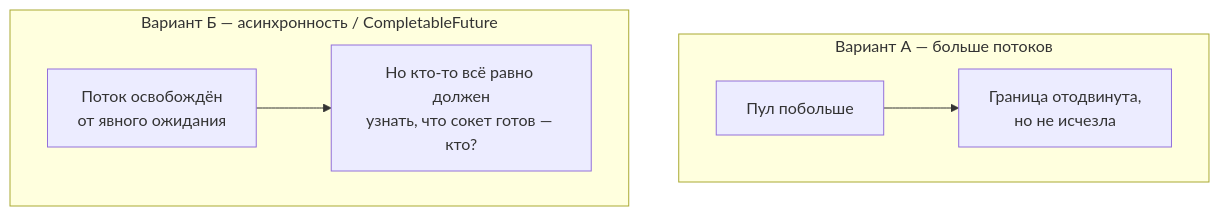
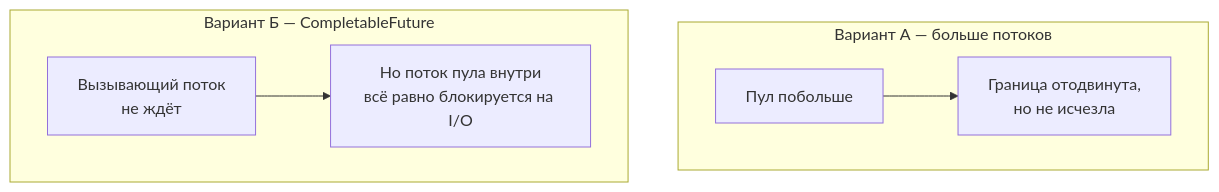
The diagram in advanced/docs/seminars/seminar7/Путь к Reactor/3. Наивные решения и их потолок.md (ArthurAipov/market-pulse-innopolis), drawn with Mermaid before and after one commit. The commit also changed other lines of this file and 41 other files, not shown here.

````diff
--- a/advanced/docs/seminars/seminar7/Путь к Reactor/3. Наивные решения и их потолок.md
+++ b/advanced/docs/seminars/seminar7/Путь к Reactor/3. Наивные решения и их потолок.md
@@ -3,12 +3,12 @@
 ```mermaid
 flowchart TB
     subgraph A["Вариант А — больше потоков"]
         direction LR
         A1["Пул побольше"] --> A2["Граница отодвинута,<br/>но не исчезла"]
     end
 
-    subgraph B["Вариант Б — асинхронность / CompletableFuture"]
+    subgraph B["Вариант Б — CompletableFuture"]
         direction LR
-        B1["Поток освобождён<br/>от явного ожидания"] --> B2["Но кто-то всё равно должен<br/>узнать, что сокет готов — кто?"]
+        B1["Вызывающий поток<br/>не ждёт"] --> B2["Но поток пула внутри<br/>всё равно блокируется на I/O"]
     end
 ```
````
